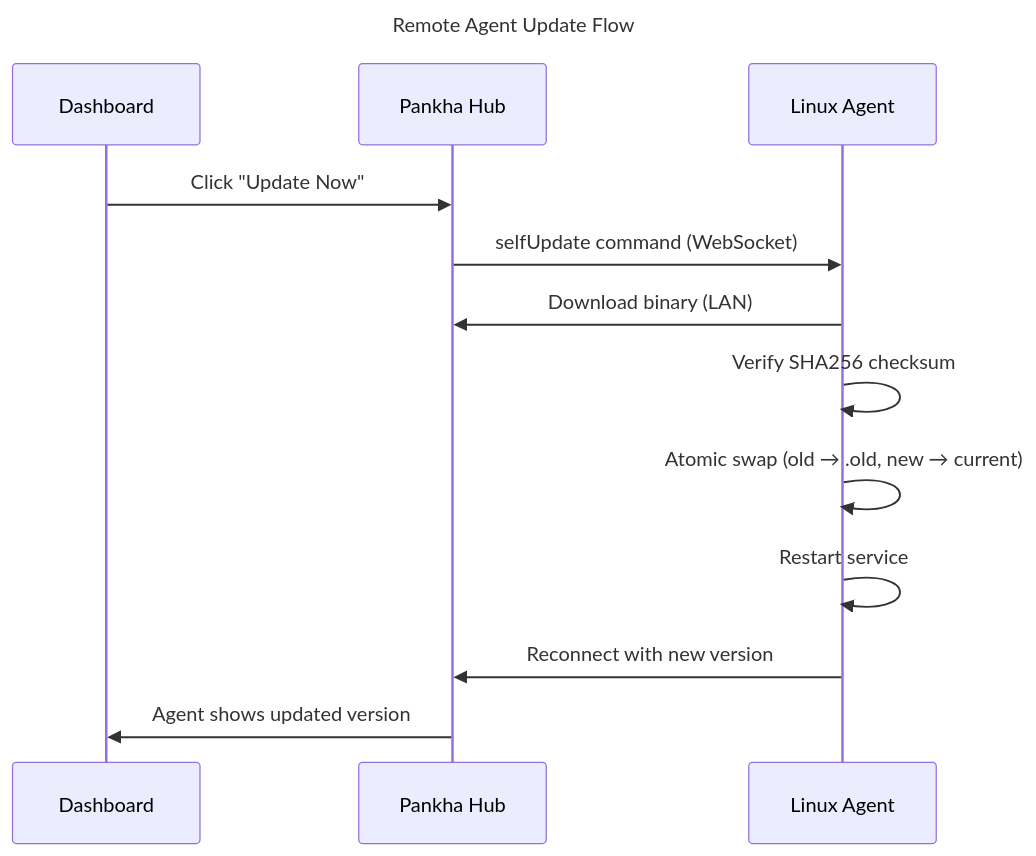
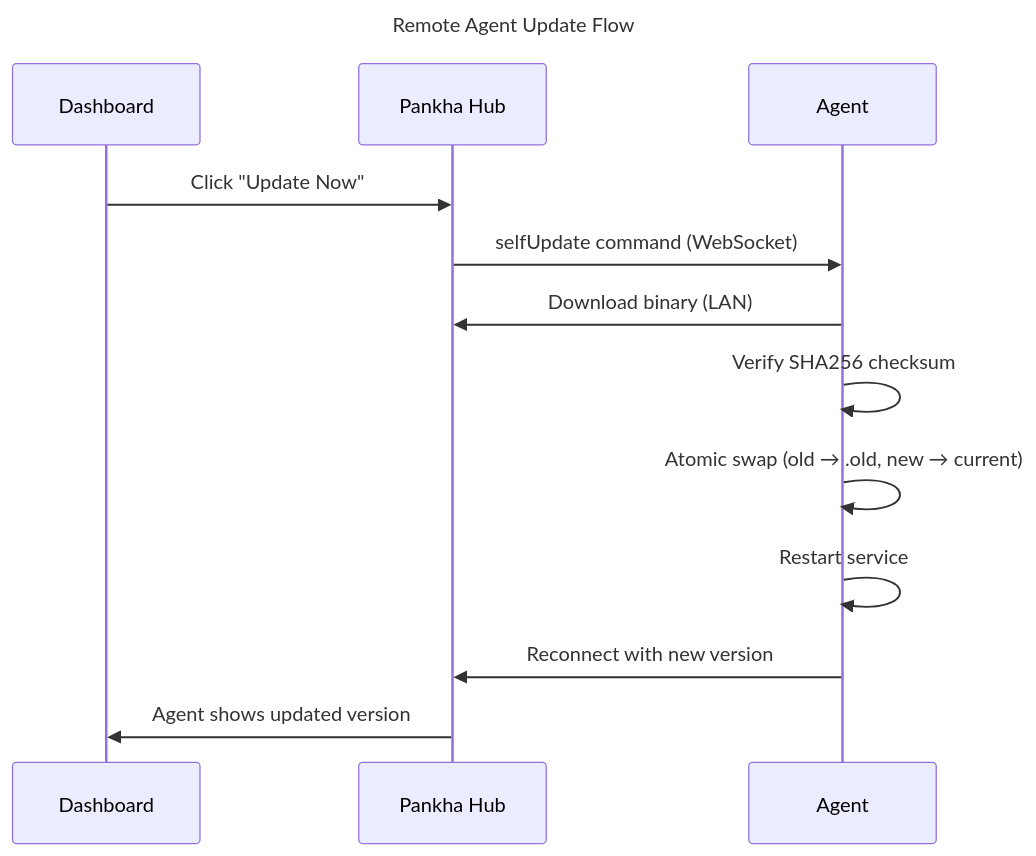
The second of 2 diagrams in documentation/public/wiki/Deployment-Center.md (Anexgohan/pankha), drawn with Mermaid before and after one commit. The commit also changed other lines of this file and 12 other files, not shown here.

````diff
--- a/documentation/public/wiki/Deployment-Center.md
+++ b/documentation/public/wiki/Deployment-Center.md
@@ -128,18 +143,18 @@
 ```mermaid
 ---
 title: Remote Agent Update Flow
 ---
 sequenceDiagram
     participant User as Dashboard
     participant Hub as Pankha Hub
-    participant Agent as Linux Agent
+    participant Agent as Agent
 
     User->>Hub: Click "Update Now"
     Hub->>Agent: selfUpdate command (WebSocket)
     Agent->>Hub: Download binary (LAN)
     Agent->>Agent: Verify SHA256 checksum
     Agent->>Agent: Atomic swap (old → .old, new → current)
     Agent->>Agent: Restart service
     Agent->>Hub: Reconnect with new version
     Hub->>User: Agent shows updated version
 ```
````
